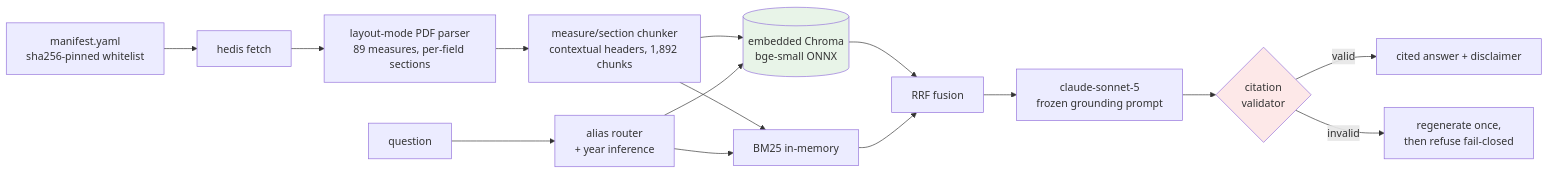
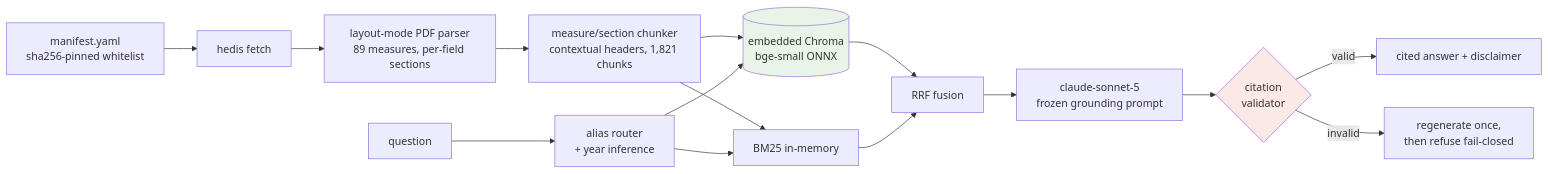
One commit to thiagobandeira1/hedis-spec-copilot changed the diagram in README.md. Above: the diagram before and after it, drawn with Mermaid. The commit also changed other lines of this file and 15 other files, not shown here.

````diff
--- a/README.md
+++ b/README.md
@@ -18,17 +18,17 @@
 ```mermaid
 flowchart LR
     M[manifest.yaml<br/>sha256-pinned whitelist] --> F[hedis fetch]
     F --> P[layout-mode PDF parser<br/>89 measures, per-field sections]
-    P --> C[measure/section chunker<br/>contextual headers, 1,892 chunks]
+    P --> C[measure/section chunker<br/>contextual headers, 1,821 chunks]
     C --> IDX[(embedded Chroma<br/>bge-small ONNX)]
     C --> BM[BM25 in-memory]
     Q[question] --> AR[alias router<br/>+ year inference]
     AR --> IDX & BM
     IDX & BM --> RRF[RRF fusion]
     RRF --> LLM[claude-sonnet-5<br/>frozen grounding prompt]
     LLM --> V{citation<br/>validator}
     V -- valid --> A[cited answer + disclaimer]
     V -- invalid --> R[regenerate once,<br/>then refuse fail-closed]
     style IDX fill:#e8f4e8
     style V fill:#fde8e8
 ```
````
